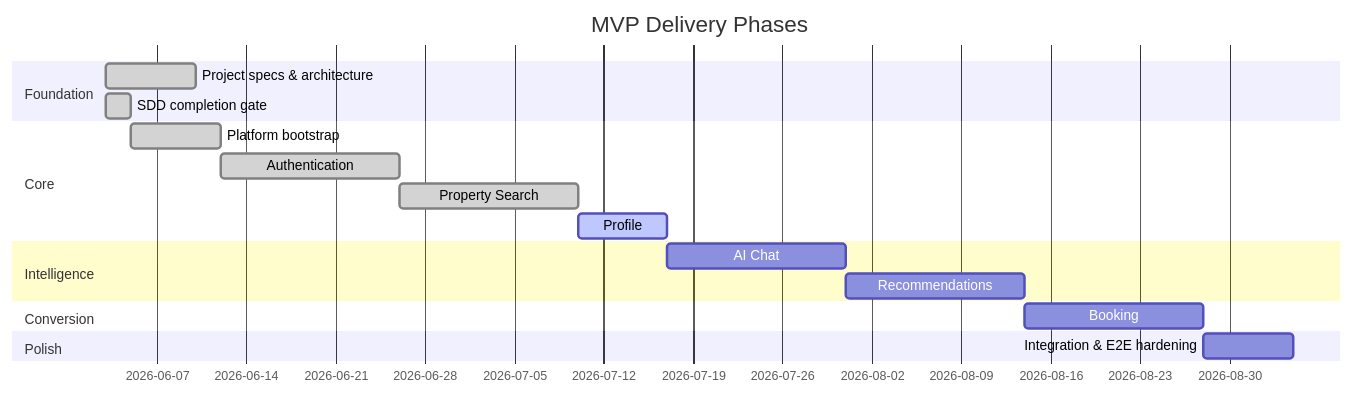
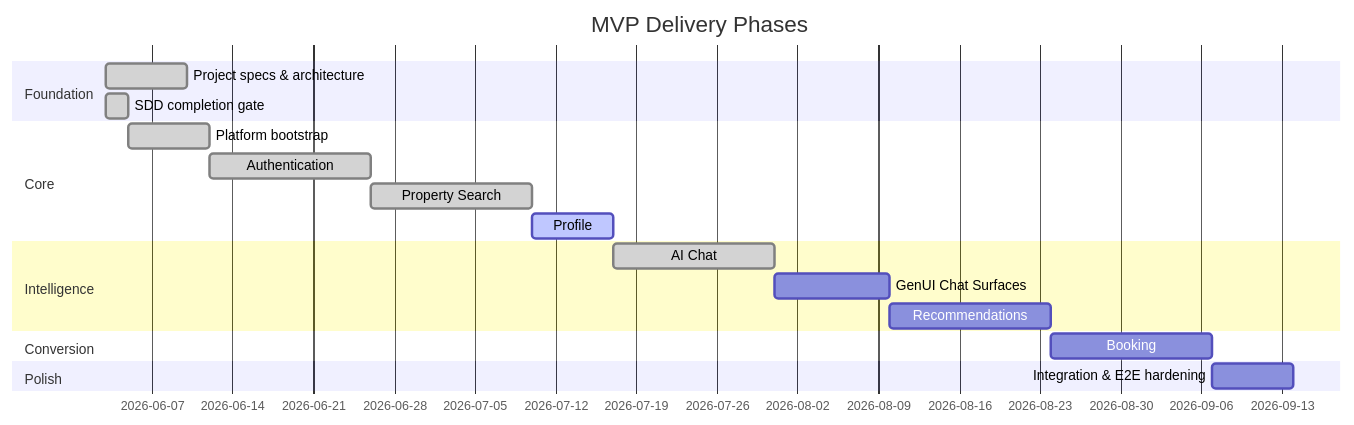
The diagram in tasks/roadmap.md (Mostafa-Aboheaba/Real_Estate_Egypt), drawn with Mermaid before and after one commit. The commit also changed other lines of this file and 130 other files, not shown here.

````diff
--- a/tasks/roadmap.md
+++ b/tasks/roadmap.md
@@ -23,20 +23,21 @@
 ```mermaid
 gantt
     title MVP Delivery Phases
     dateFormat  YYYY-MM-DD
     section Foundation
     Project specs & architecture     :done, p0, 2026-06-03, 7d
     SDD completion gate              :done, p0b, 2026-06-03, 2d
     section Core
     Platform bootstrap               :done, p0c, after p0b, 7d
     Authentication                   :done, p1, after p0c, 14d
     Property Search                  :done, p2, after p1, 14d
     Profile                          :active, p3, after p2, 7d
     section Intelligence
-    AI Chat                          :p4, after p3, 14d
-    Recommendations                  :p5, after p4, 14d
+    AI Chat                          :done, p4, after p3, 14d
+    GenUI Chat Surfaces              :p4b, after p4, 10d
+    Recommendations                  :p5, after p4b, 14d
     section Conversion
     Booking                          :p6, after p5, 14d
     section Polish
     Integration & E2E hardening      :p7, after p6, 7d
 ```
````
